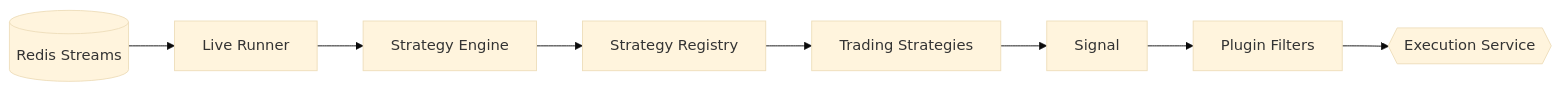
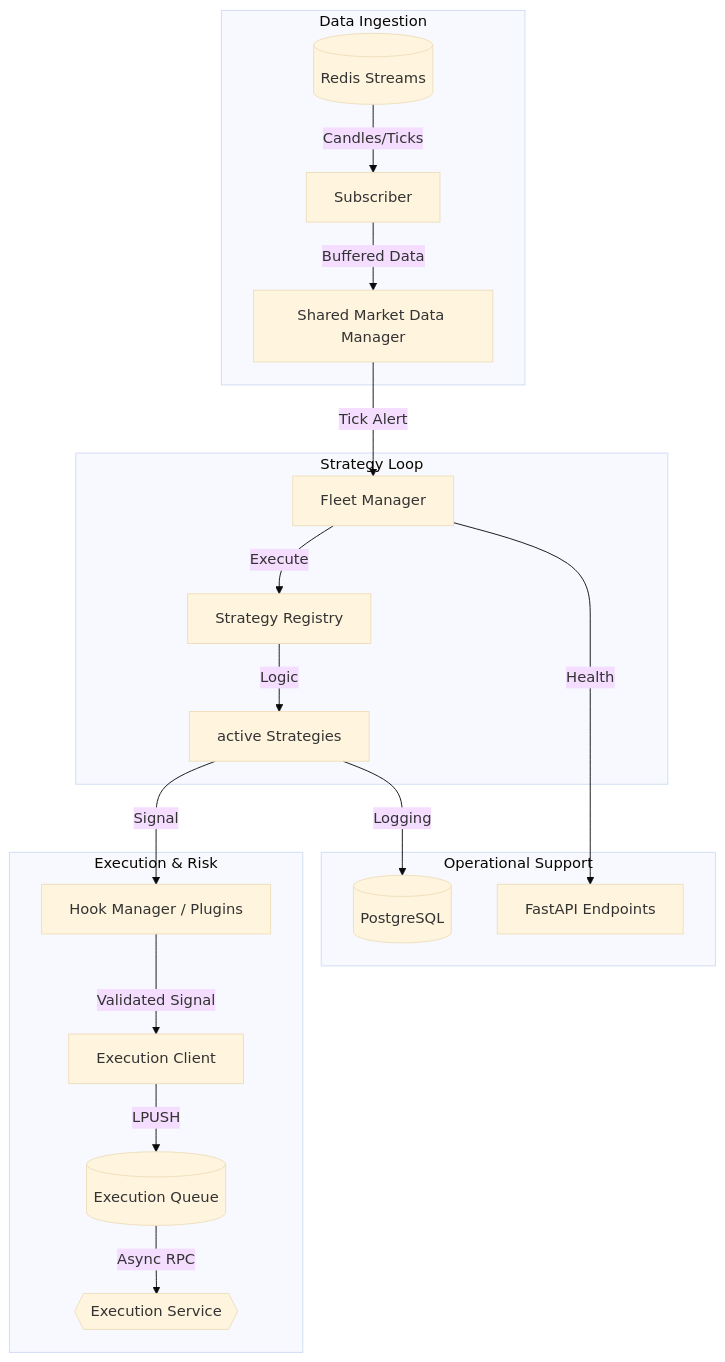
The diagram in services/strategy-core/README.md (damrongsak/mtf-trading-system), drawn with Mermaid (base theme) before and after one commit. The commit also changed other lines of this file and 6 other files, not shown here.

````diff
--- a/services/strategy-core/README.md
+++ b/services/strategy-core/README.md
@@ -28,10 +9,25 @@
 ```mermaid
-graph LR
-    Redis[(Redis Streams)] --> LiveRunner[Live Runner]
-    LiveRunner --> Engine[Strategy Engine]
-    Engine --> Registry[Strategy Registry]
-    Registry --> Strategies[Trading Strategies]
-    Strategies --> Signal[Signal]
-    Signal --> Plugins[Plugin Filters]
-    Plugins --> Execution{{Execution Service}}
+graph TD
+    subgraph DataIngestion["Data Ingestion"]
+        RS[(Redis Streams)] --> |"Candles/Ticks"| SU[Subscriber]
+        SU --> |"Buffered Data"| SMDM[Shared Market Data Manager]
+    end
+
+    subgraph StrategyLoop["Strategy Loop"]
+        SMDM --> |"Tick Alert"| FM[Fleet Manager]
+        FM --> |"Execute"| SR[Strategy Registry]
+        SR --> |"Logic"| STR[active Strategies]
+    end
+
+    subgraph ExecutionFlow["Execution & Risk"]
+        STR --> |"Signal"| HM[Hook Manager / Plugins]
+        HM --> |"Validated Signal"| EC[Execution Client]
+        EC --> |"LPUSH"| EQ[(Execution Queue)]
+        EQ --> |"Async RPC"| EXS{{Execution Service}}
+    end
+
+    subgraph Monitoring["Operational Support"]
+        STR --> |"Logging"| DB[(PostgreSQL)]
+        FM --> |"Health"| API[FastAPI Endpoints]
+    end
 ```
````
